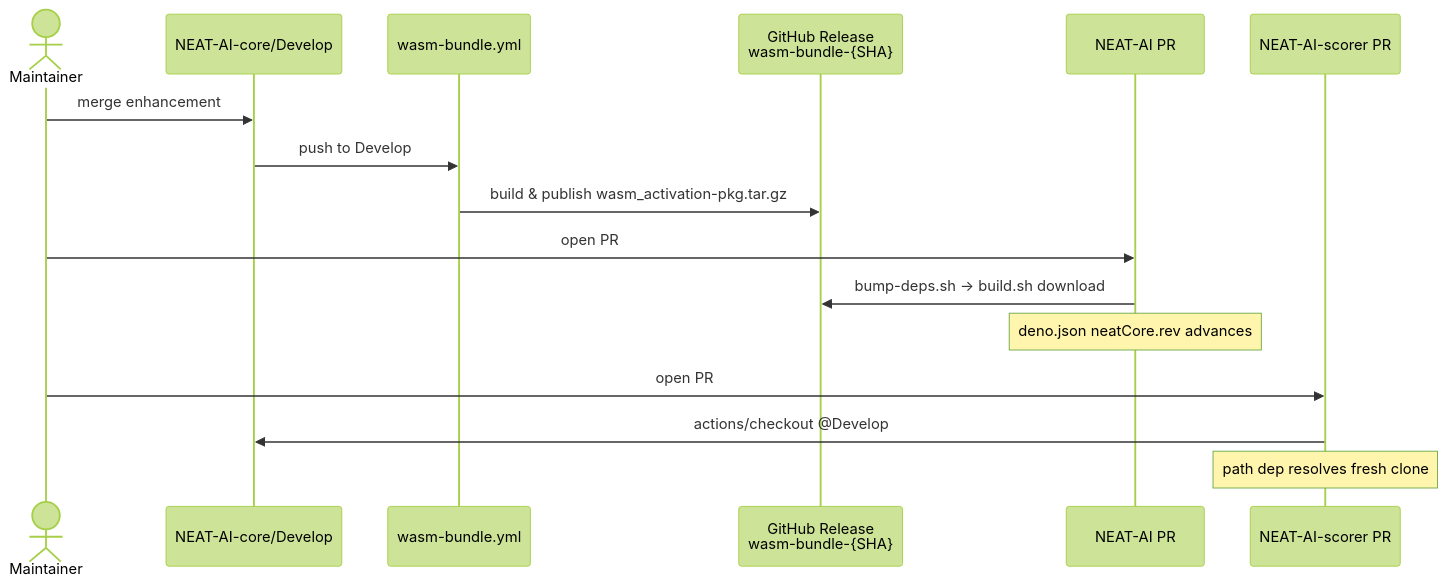
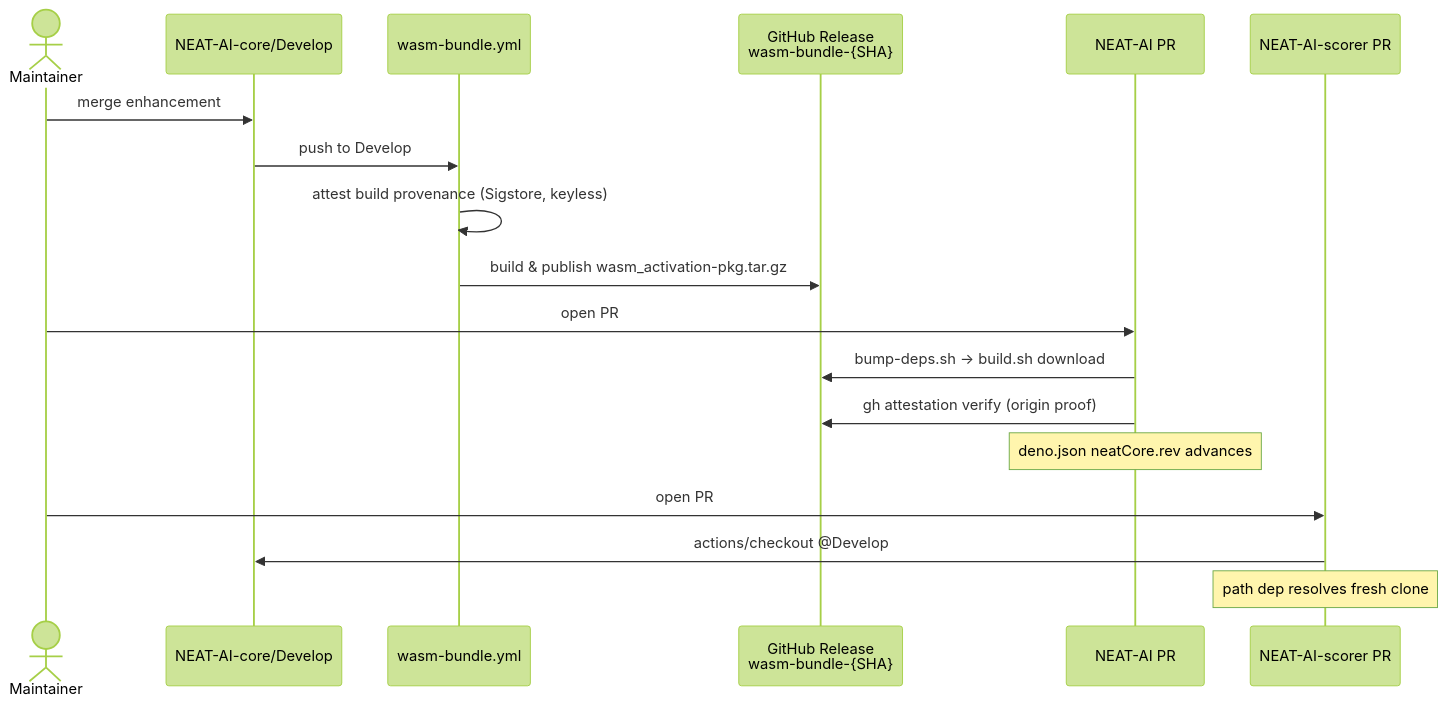
Before and after one commit to stSoftwareAU/NEAT-AI-core: the second of 3 diagrams in README.md, drawn with Mermaid (forest theme). The commit also changed other lines of this file and 5 other files, not shown here.

First line of the commit message:
Attest build provenance for published wasm_activation bundle (Issue #122) (#134)

````diff
--- a/README.md
+++ b/README.md
@@ -96,19 +109,21 @@
 ```mermaid
 sequenceDiagram
     actor Dev as Maintainer
     participant Core as NEAT-AI-core/Develop
     participant CI as wasm-bundle.yml
     participant Rel as GitHub Release<br/>wasm-bundle-{SHA}
     participant Main as NEAT-AI PR
     participant Scorer as NEAT-AI-scorer PR
 
     Dev->>Core: merge enhancement
     Core->>CI: push to Develop
+    CI->>CI: attest build provenance (Sigstore, keyless)
     CI->>Rel: build & publish wasm_activation-pkg.tar.gz
     Dev->>Main: open PR
     Main->>Rel: bump-deps.sh -> build.sh download
+    Main->>Rel: gh attestation verify (origin proof)
     Note over Main: deno.json neatCore.rev advances
     Dev->>Scorer: open PR
     Scorer->>Core: actions/checkout @Develop
     Note over Scorer: path dep resolves fresh clone
 ```
````
